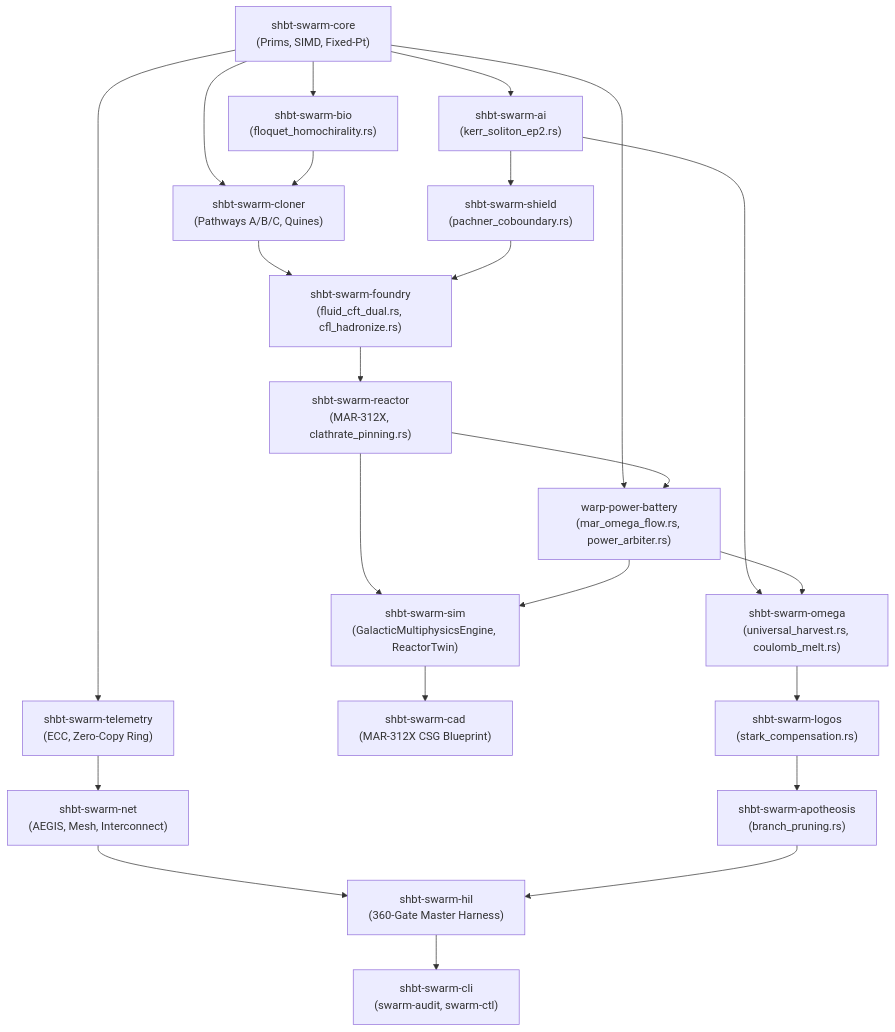
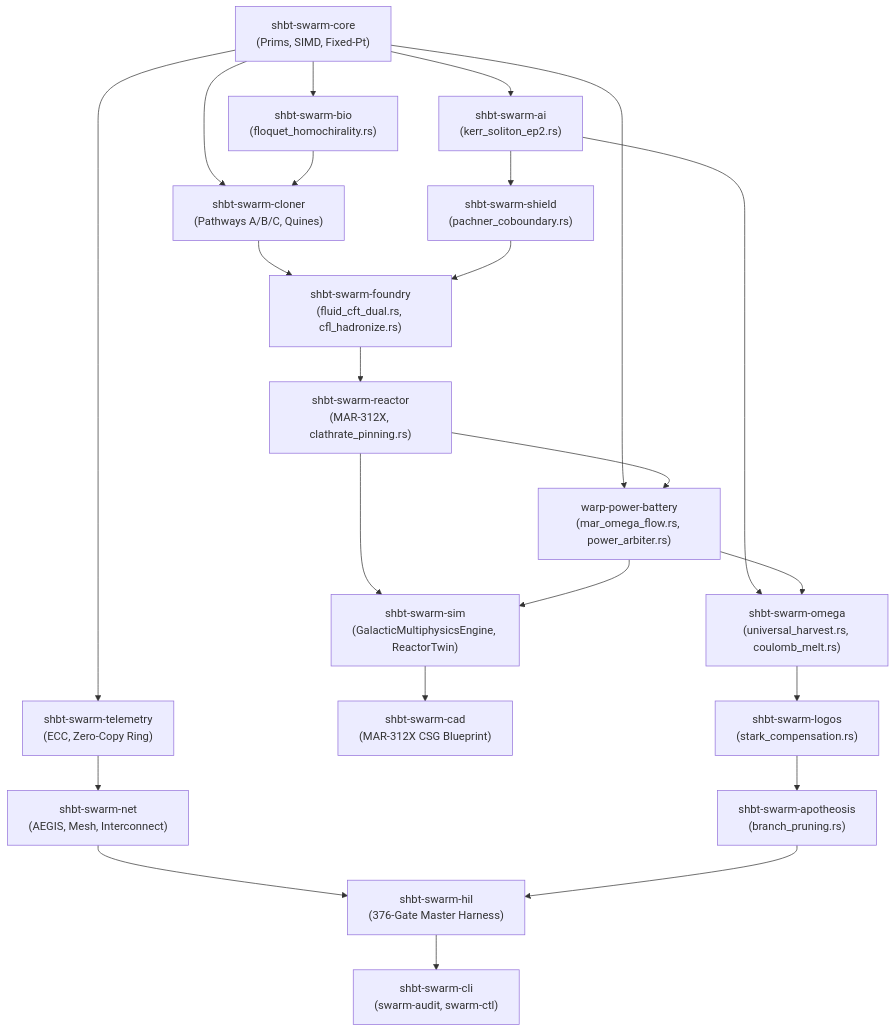
The diagram in ARCHITECTURE.md (sys1own/shbt-swarm), drawn with Mermaid before and after one commit. The commit also changed other lines of this file and 5 other files, not shown here.

Commit message:
docs(paper): compile updated swarm.pdf and align monograph, README & ARCHITECTURE with ABI v14.0 (376 gates, 110 Z3 proofs)

````diff
--- a/ARCHITECTURE.md
+++ b/ARCHITECTURE.md
@@ -113,43 +113,43 @@
 ```mermaid
 graph TD
     CORE["shbt-swarm-core<br/>(Prims, SIMD, Fixed-Pt)"]
     BIO["shbt-swarm-bio<br/>(floquet_homochirality.rs)"]
     CLONER["shbt-swarm-cloner<br/>(Pathways A/B/C, Quines)"]
     AI["shbt-swarm-ai<br/>(kerr_soliton_ep2.rs)"]
     SHIELD["shbt-swarm-shield<br/>(pachner_coboundary.rs)"]
     FOUNDRY["shbt-swarm-foundry<br/>(fluid_cft_dual.rs, cfl_hadronize.rs)"]
     REACTOR["shbt-swarm-reactor<br/>(MAR-312X, clathrate_pinning.rs)"]
     WPB["warp-power-battery<br/>(mar_omega_flow.rs, power_arbiter.rs)"]
     OMEGA["shbt-swarm-omega<br/>(universal_harvest.rs, coulomb_melt.rs)"]
     LOGOS["shbt-swarm-logos<br/>(stark_compensation.rs)"]
     APOTH["shbt-swarm-apotheosis<br/>(branch_pruning.rs)"]
     SIM["shbt-swarm-sim<br/>(GalacticMultiphysicsEngine, ReactorTwin)"]
     CAD["shbt-swarm-cad<br/>(MAR-312X CSG Blueprint)"]
     TELEMETRY["shbt-swarm-telemetry<br/>(ECC, Zero-Copy Ring)"]
     NET["shbt-swarm-net<br/>(AEGIS, Mesh, Interconnect)"]
-    HIL["shbt-swarm-hil<br/>(360-Gate Master Harness)"]
+    HIL["shbt-swarm-hil<br/>(376-Gate Master Harness)"]
     CLI["shbt-swarm-cli<br/>(swarm-audit, swarm-ctl)"]
 
     CORE --> BIO
     CORE --> CLONER
     CORE --> AI
     CORE --> TELEMETRY
     CORE --> WPB
     BIO --> CLONER
     CLONER --> FOUNDRY
     AI --> SHIELD
     AI --> OMEGA
     SHIELD --> FOUNDRY
     FOUNDRY --> REACTOR
     REACTOR --> WPB
     WPB --> OMEGA
     OMEGA --> LOGOS
     LOGOS --> APOTH
     REACTOR --> SIM
     WPB --> SIM
     SIM --> CAD
     TELEMETRY --> NET
     NET --> HIL
     APOTH --> HIL
     HIL --> CLI
 ```
````
